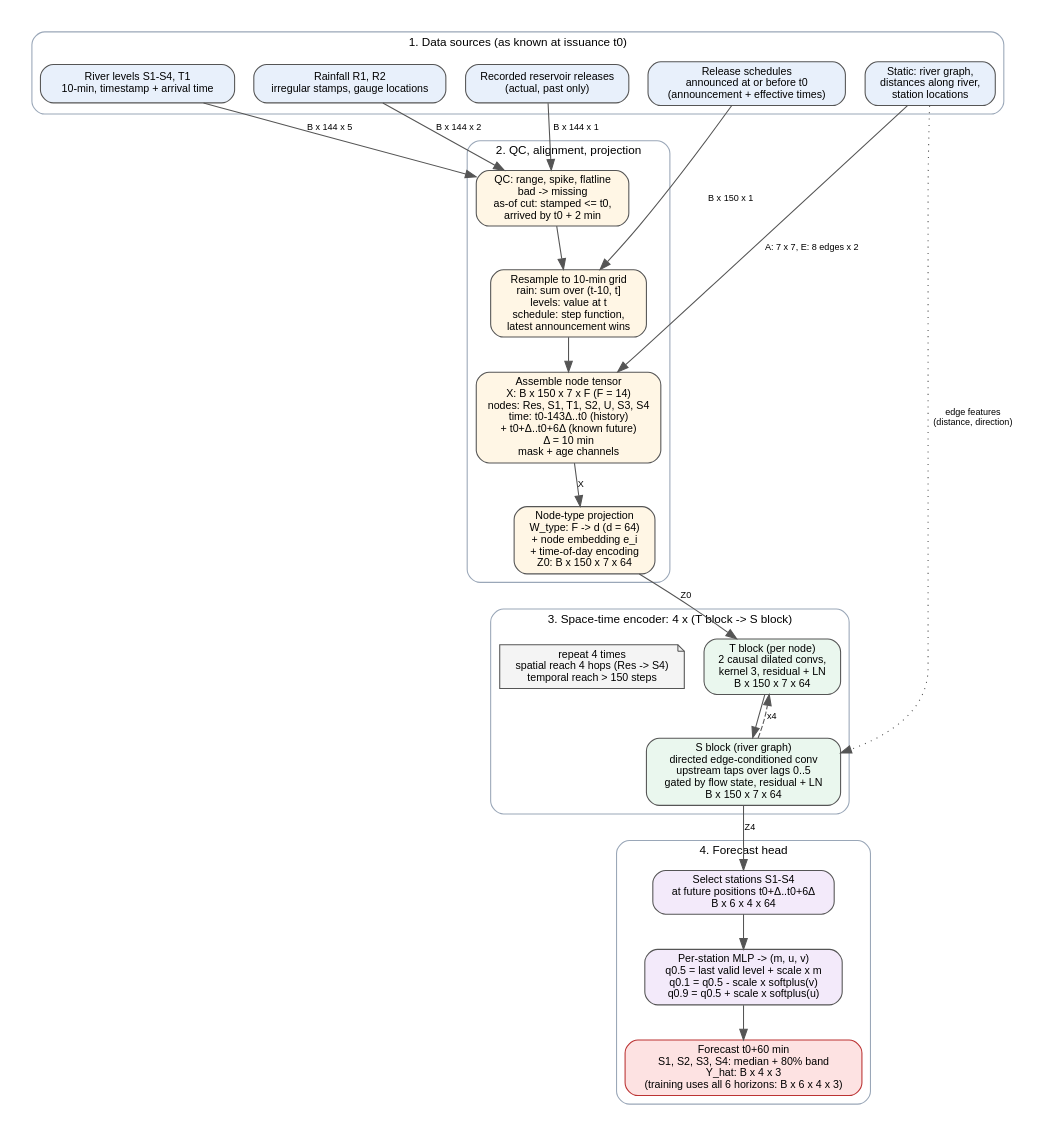
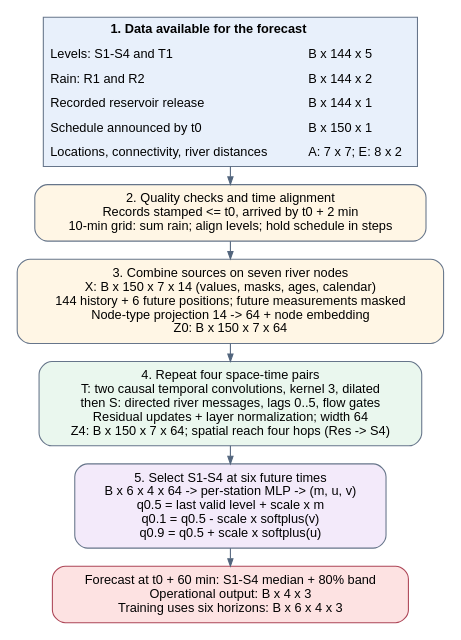
Before and after one commit to ahmedjawedaj/dl4stg-pa2: the diagram in report/q1_arch.dot, drawn with Graphviz. The commit also changed 17 other files, not shown here.

```diff
--- a/report/q1_arch.dot
+++ b/report/q1_arch.dot
@@ -1,49 +1,27 @@
 digraph G {
   rankdir=TB;
-  graph [fontname="Helvetica", fontsize=11, nodesep=0.25, ranksep=0.45, pad=0.2];
-  node  [fontname="Helvetica", fontsize=10, shape=box, style="rounded,filled", fillcolor="#ffffff", color="#555555"];
-  edge  [fontname="Helvetica", fontsize=8.5, color="#555555"];
-
-  subgraph cluster_src { label="1. Data sources (as known at issuance t0)"; style="rounded"; color="#9aa7b8";
-    lev  [label="River levels S1-S4, T1\n10-min, timestamp + arrival time", fillcolor="#e8f0fb"];
-    rain [label="Rainfall R1, R2\nirregular stamps, gauge locations", fillcolor="#e8f0fb"];
-    qact [label="Recorded reservoir releases\n(actual, past only)", fillcolor="#e8f0fb"];
-    qsch [label="Release schedules\nannounced at or before t0\n(announcement + effective times)", fillcolor="#e8f0fb"];
-    stat [label="Static: river graph,\ndistances along river,\nstation locations", fillcolor="#e8f0fb"];
-  }
-
-  subgraph cluster_prep { label="2. QC, alignment, projection"; style="rounded"; color="#9aa7b8";
-    qc   [label="QC: range, spike, flatline\nbad -> missing\nas-of cut: stamped <= t0,\narrived by t0 + 2 min", fillcolor="#fff6e5"];
-    grid [label="Resample to 10-min grid\nrain: sum over (t-10, t]\nlevels: value at t\nschedule: step function,\nlatest announcement wins", fillcolor="#fff6e5"];
-    asm  [label="Assemble node tensor\nX: B x 150 x 7 x F (F = 14)\nnodes: Res, S1, T1, S2, U, S3, S4\ntime: t0-143Δ..t0 (history)\n+ t0+Δ..t0+6Δ (known future)\nΔ = 10 min\nmask + age channels", fillcolor="#fff6e5"];
-    proj [label="Node-type projection\nW_type: F -> d (d = 64)\n+ node embedding e_i\n+ time-of-day encoding\nZ0: B x 150 x 7 x 64", fillcolor="#fff6e5"];
-  }
-
-  subgraph cluster_model { label="3. Space-time encoder: 4 x (T block -> S block)"; style="rounded"; color="#9aa7b8";
-    T [label="T block (per node)\n2 causal dilated convs,\nkernel 3, residual + LN\nB x 150 x 7 x 64", fillcolor="#eaf7ee"];
-    S [label="S block (river graph)\ndirected edge-conditioned conv\nupstream taps over lags 0..5\ngated by flow state, residual + LN\nB x 150 x 7 x 64", fillcolor="#eaf7ee"];
-    rep [label="repeat 4 times\nspatial reach 4 hops (Res -> S4)\ntemporal reach > 150 steps", shape=note, fillcolor="#f4f4f4"];
-  }
-
-  subgraph cluster_out { label="4. Forecast head"; style="rounded"; color="#9aa7b8";
-    sel  [label="Select stations S1-S4\nat future positions t0+Δ..t0+6Δ\nB x 6 x 4 x 64", fillcolor="#f3eafa"];
-    head [label="Per-station MLP -> (m, u, v)\nq0.5 = last valid level + scale x m\nq0.1 = q0.5 - scale x softplus(v)\nq0.9 = q0.5 + scale x softplus(u)", fillcolor="#f3eafa"];
-    out  [label="Forecast t0+60 min\nS1, S2, S3, S4: median + 80% band\nY_hat: B x 4 x 3\n(training uses all 6 horizons: B x 6 x 4 x 3)", fillcolor="#fde2e2", color="#bb3333"];
-  }
-
-  lev -> qc [label="B x 144 x 5"];
-  rain -> qc [label="B x 144 x 2"];
-  qact -> qc [label="B x 144 x 1"];
-  qsch -> grid [label="B x 150 x 1"];
-  qc -> grid;
-  grid -> asm;
-  stat -> asm [label="A: 7 x 7, E: 8 edges x 2"];
-  asm -> proj [label="X"];
-  proj -> T [label="Z0"];
-  T -> S;
-  S -> T [label="x4", style=dashed, constraint=false];
-  S -> sel [label="Z4"];
-  sel -> head; head -> out;
-  stat -> S [style=dotted, label="edge features\n(distance, direction)"];
-
+  graph [fontname="Helvetica", fontsize=12, ranksep=0.24, pad=0.12, bgcolor="white"];
+  node [fontname="Helvetica", fontsize=12, shape=box, style="rounded,filled",
+        fillcolor="#ffffff", color="#66758a", margin="0.16,0.10"];
+  edge [fontname="Helvetica", fontsize=10, color="#52657d", arrowsize=0.7];
+  sources [shape=plain, label=<
+    <TABLE BORDER="1" CELLBORDER="0" CELLSPACING="0" CELLPADDING="5" COLOR="#66758a" BGCOLOR="#e8f0fb">
+      <TR><TD COLSPAN="2"><B>1. Data available for the forecast</B></TD></TR>
+      <TR><TD ALIGN="LEFT">Levels: S1-S4 and T1</TD><TD ALIGN="LEFT">B x 144 x 5</TD></TR>
+      <TR><TD ALIGN="LEFT">Rain: R1 and R2</TD><TD ALIGN="LEFT">B x 144 x 2</TD></TR>
+      <TR><TD ALIGN="LEFT">Recorded reservoir release</TD><TD ALIGN="LEFT">B x 144 x 1</TD></TR>
+      <TR><TD ALIGN="LEFT">Schedule announced by t0</TD><TD ALIGN="LEFT">B x 150 x 1</TD></TR>
+      <TR><TD ALIGN="LEFT">Locations, connectivity, river distances</TD><TD ALIGN="LEFT">A: 7 x 7; E: 8 x 2</TD></TR>
+    </TABLE>
+  >];
+  align [fillcolor="#fff6e5", label="2. Quality checks and time alignment\nRecords stamped <= t0, arrived by t0 + 2 min\n10-min grid: sum rain; align levels; hold schedule in steps"];
+  assemble [fillcolor="#fff6e5", label="3. Combine sources on seven river nodes\nX: B x 150 x 7 x 14 (values, masks, ages, calendar)\n144 history + 6 future positions; future measurements masked\nNode-type projection 14 -> 64 + node embedding\nZ0: B x 150 x 7 x 64"];
+  encoder [fillcolor="#eaf7ee", label="4. Repeat four space-time pairs\nT: two causal temporal convolutions, kernel 3, dilated\nthen S: directed river messages, lags 0..5, flow gates\nResidual updates + layer normalization; width 64\nZ4: B x 150 x 7 x 64; spatial reach four hops (Res -> S4)"];
+  head [fillcolor="#f3eafa", label="5. Select S1-S4 at six future times\nB x 6 x 4 x 64 -> per-station MLP -> (m, u, v)\nq0.5 = last valid level + scale x m\nq0.1 = q0.5 - scale x softplus(v)\nq0.9 = q0.5 + scale x softplus(u)"];
+  forecast [fillcolor="#fde2e2", color="#ad4657", label="Forecast at t0 + 60 min: S1-S4 median + 80% band\nOperational output: B x 4 x 3\nTraining uses six horizons: B x 6 x 4 x 3"];
+  sources -> align;
+  align -> assemble;
+  assemble -> encoder;
+  encoder -> head;
+  head -> forecast;
 }
```
